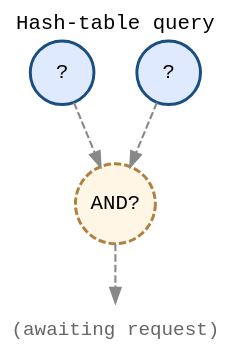
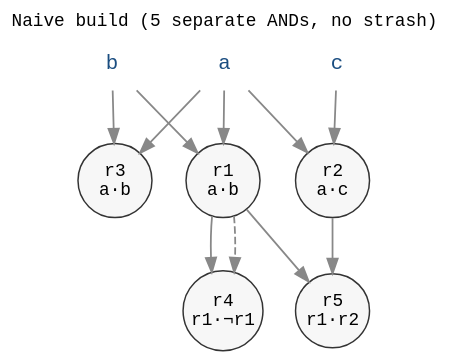
The diagram in viz/diagrams/strash_request.dot (cyberseihis/abc-synthesis-notes), drawn with Graphviz before and after one commit. The commit also changed 2 other files, not shown here.

Commit message:
strash: aux is now the un-strashed 5-AND view, mapping is visible step-by-step
The previous aux ("Hash-table query") showed the current request as a
generic AND-with-two-inputs box. With the bigger walkthrough this didn't
make it obvious which structure mapped to which post-strash node.

New aux is a static 5-AND DAG (r1..r5 with their as-requested fanins —
the AIG that would result if Abc_AigAnd never deduped). At each step:
- the current request lights up yellow (considering)
- past CREATEs go green (verdict-miss)
- past HITs go blue (verdict-hit)
- past FOLDs go red (verdict-fold)
- future requests stay dimmed
And the main view shows the corresponding strashed result (n1/n2/n3
fresh, or n1 reused, or nothing for the fold).

The side panel adds a "Request -> strash result" table that grows row
by row, so r1, r3 -> n1 (dedup), r4 -> const0 (fold), r2 -> n2,
r5 -> n3 are all visible as a single mapping summary.

```diff
--- a/viz/diagrams/strash_request.dot
+++ b/viz/diagrams/strash_request.dot
@@ -1,30 +1,49 @@
-// Aux SVG for strash: shows the AND request currently being processed.
-// Per-step text replacement updates aux-in0 / aux-in1 / aux-verdict labels.
+// Aux SVG for strash: the "naive un-strashed" build of the 5 AND requests,
+// drawn as 5 separate AND nodes (r1..r5) with their as-requested fanins.
+// At each walkthrough step, one r-node is highlighted as the current
+// request; the main view shows what it strashes to (or eliminates).
+//
+//   r1 = a · b           → strashes to main n1 (CREATE)
+//   r2 = a · c           → strashes to main n2 (CREATE)
+//   r3 = a · b           → strashes to main n1 (HIT — dedup of r1)
+//   r4 = r1 · ¬r1        → folds to const0 (FOLD — never reaches the table)
+//   r5 = r1 · r2         → strashes to main n3 (CREATE)
 digraph strash_request {
     rankdir = TB
+    ranksep = 0.5
+    nodesep = 0.3
     bgcolor = "transparent"
-    label = "Hash-table query"
+    label = "Naive build (5 separate ANDs, no strash)"
     labelloc = "t"
     fontname = "monospace"
-    fontsize = 14
-    nodesep = 0.4
-    ranksep = 0.55
+    fontsize = 12
 
-    node [fontname = "monospace", fontsize = 14, color = "#333333"]
-    edge [color = "#888888", penwidth = 1.4, style = dashed]
+    node [fontname = "monospace", fontsize = 12, color = "#333333"]
+    edge [color = "#888888", penwidth = 1.2]
 
     { rank = source
-      in0 [id="aux-in0", label="?", shape=circle, width=0.6, fixedsize=true, style=filled, fillcolor="#e0eaff", color="#1a4d80", penwidth=2]
-      in1 [id="aux-in1", label="?", shape=circle, width=0.6, fixedsize=true, style=filled, fillcolor="#e0eaff", color="#1a4d80", penwidth=2]
+      a [id="aux-a", label="a", shape=plaintext, fontsize=14, fontcolor="#1a4d80"]
+      b [id="aux-b", label="b", shape=plaintext, fontsize=14, fontcolor="#1a4d80"]
+      c [id="aux-c", label="c", shape=plaintext, fontsize=14, fontcolor="#1a4d80"]
     }
 
-    candidate [id="aux-candidate", label="AND?", shape=circle, width=0.75, fixedsize=true, style="filled,dashed", fillcolor="#fff6e6", color="#b08040", penwidth=2]
+    r1 [id="aux-r1", label="r1\na·b",   shape=circle, width=0.7, fixedsize=true, style=filled, fillcolor="#f7f7f7"]
+    r2 [id="aux-r2", label="r2\na·c",   shape=circle, width=0.7, fixedsize=true, style=filled, fillcolor="#f7f7f7"]
+    r3 [id="aux-r3", label="r3\na·b",   shape=circle, width=0.7, fixedsize=true, style=filled, fillcolor="#f7f7f7"]
+    r4 [id="aux-r4", label="r4\nr1·¬r1", shape=circle, width=0.75, fixedsize=true, style=filled, fillcolor="#f7f7f7"]
+    r5 [id="aux-r5", label="r5\nr1·r2", shape=circle, width=0.7, fixedsize=true, style=filled, fillcolor="#f7f7f7"]
 
-    { rank = sink
-      verdict [id="aux-verdict", label="(awaiting request)", shape=plaintext, fontsize=13, fontcolor="#666666"]
-    }
+    { rank = same; r1; r2; r3; }
+    { rank = same; r4; r5; }
 
-    in0 -> candidate [id="aux-edge-in0"]
-    in1 -> candidate [id="aux-edge-in1"]
-    candidate -> verdict [id="aux-edge-result"]
+    a -> r1 [id="aux-edge-a-r1"]
+    b -> r1 [id="aux-edge-b-r1"]
+    a -> r2 [id="aux-edge-a-r2"]
+    c -> r2 [id="aux-edge-c-r2"]
+    a -> r3 [id="aux-edge-a-r3"]
+    b -> r3 [id="aux-edge-b-r3"]
+    r1 -> r4 [id="aux-edge-r1-r4"]
+    r1 -> r4 [id="aux-edge-r1n-r4", style=dashed]
+    r1 -> r5 [id="aux-edge-r1-r5"]
+    r2 -> r5 [id="aux-edge-r2-r5"]
 }
```
